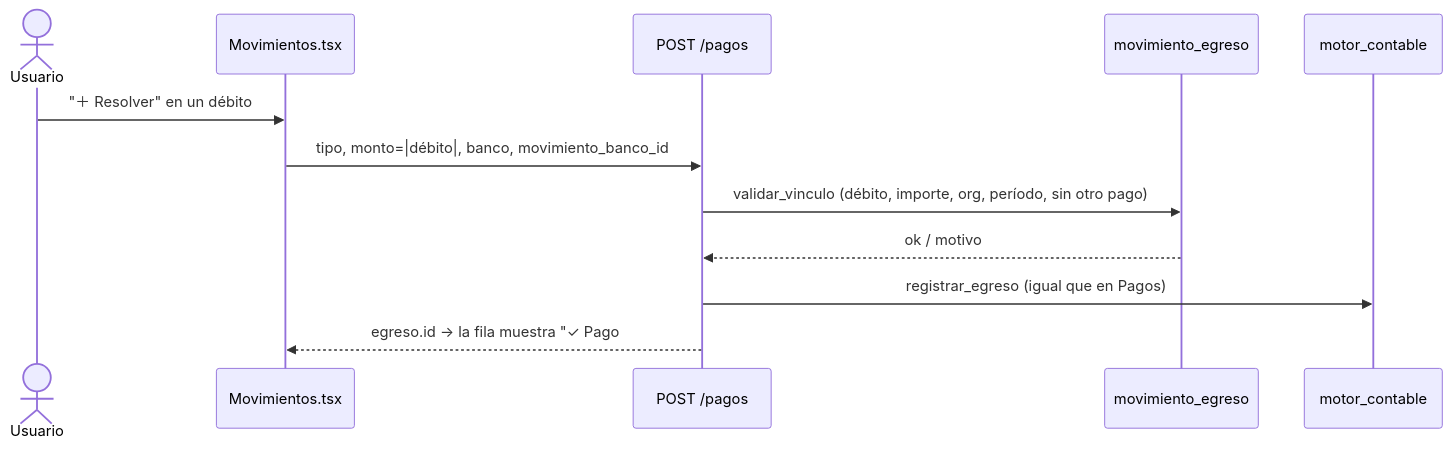
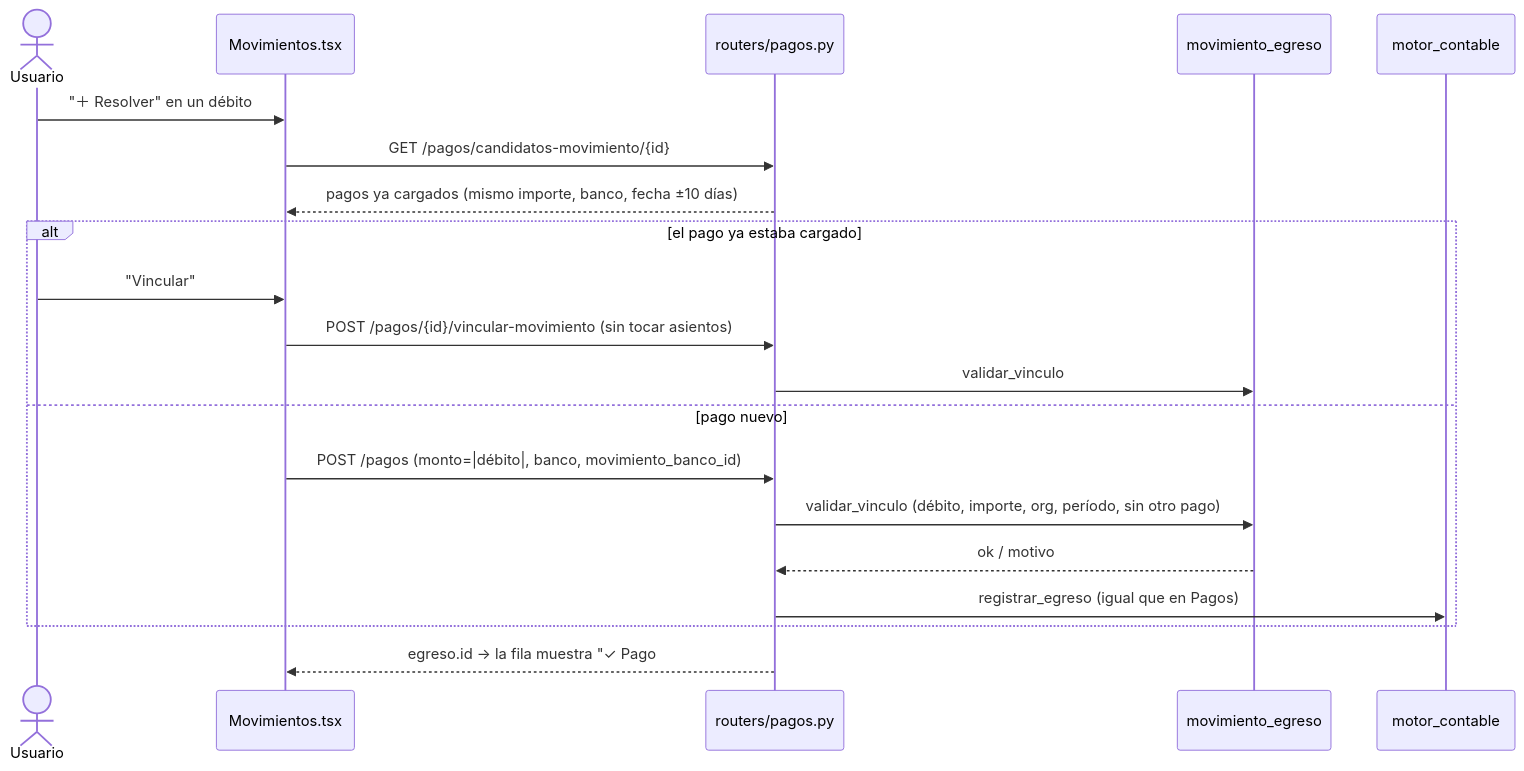
Before and after one commit to julietaarrazate/conciliacion-bancaria: the diagram in docs/business/BUSINESS_RULES.md, drawn with Mermaid. The commit also changed other lines of this file and 9 other files, not shown here.

First line of the commit message:
Resolver pendientes: vincular un pago ya cargado en vez de crear otro

````diff
--- a/docs/business/BUSINESS_RULES.md
+++ b/docs/business/BUSINESS_RULES.md
@@ -243,14 +249,22 @@
 ```mermaid
 sequenceDiagram
   actor U as Usuario
   participant M as Movimientos.tsx
-  participant P as POST /pagos
+  participant P as routers/pagos.py
   participant V as movimiento_egreso
   participant C as motor_contable
   U->>M: "＋ Resolver" en un débito
-  M->>P: tipo, monto=|débito|, banco, movimiento_banco_id
-  P->>V: validar_vinculo (débito, importe, org, período, sin otro pago)
-  V-->>P: ok / motivo
-  P->>C: registrar_egreso (igual que en Pagos)
+  M->>P: GET /pagos/candidatos-movimiento/{id}
+  P-->>M: pagos ya cargados (mismo importe, banco, fecha ±10 días)
+  alt el pago ya estaba cargado
+    U->>M: "Vincular"
+    M->>P: POST /pagos/{id}/vincular-movimiento (sin tocar asientos)
+    P->>V: validar_vinculo
+  else pago nuevo
+    M->>P: POST /pagos (monto=|débito|, banco, movimiento_banco_id)
+    P->>V: validar_vinculo (débito, importe, org, período, sin otro pago)
+    V-->>P: ok / motivo
+    P->>C: registrar_egreso (igual que en Pagos)
+  end
   P-->>M: egreso.id → la fila muestra "✓ Pago #id"
 ```
````
